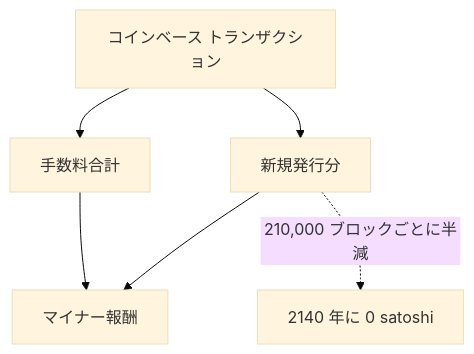
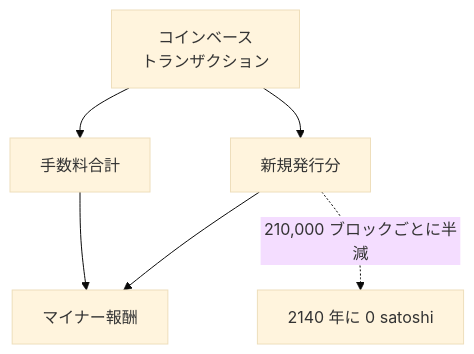
Before and after one commit to cypher256/BitcoinArchive: the diagram in src/data/translations/ja/analysis/2026-05-18-mining-reward-exhaustion-fee-only-future.md, drawn with Mermaid (base theme). The commit also changed 3 other files, not shown here.

````diff
--- a/src/data/translations/ja/analysis/2026-05-18-mining-reward-exhaustion-fee-only-future.md
+++ b/src/data/translations/ja/analysis/2026-05-18-mining-reward-exhaustion-fee-only-future.md
@@ -61,8 +61,8 @@
 ```mermaid
 graph TD
-  CB[コインベース トランザクション] --> S[新規発行分]
+  CB[コインベース<br/>トランザクション] --> S[新規発行分]
   CB --> F[手数料合計]
   S --> M[マイナー報酬]
   F --> M
   S -.->|210,000 ブロックごとに半減| Z[2140 年に 0 satoshi]
 ```
````
